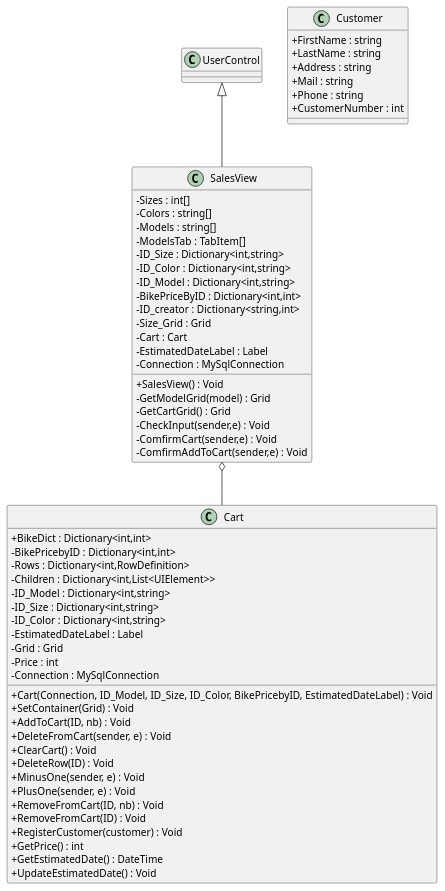
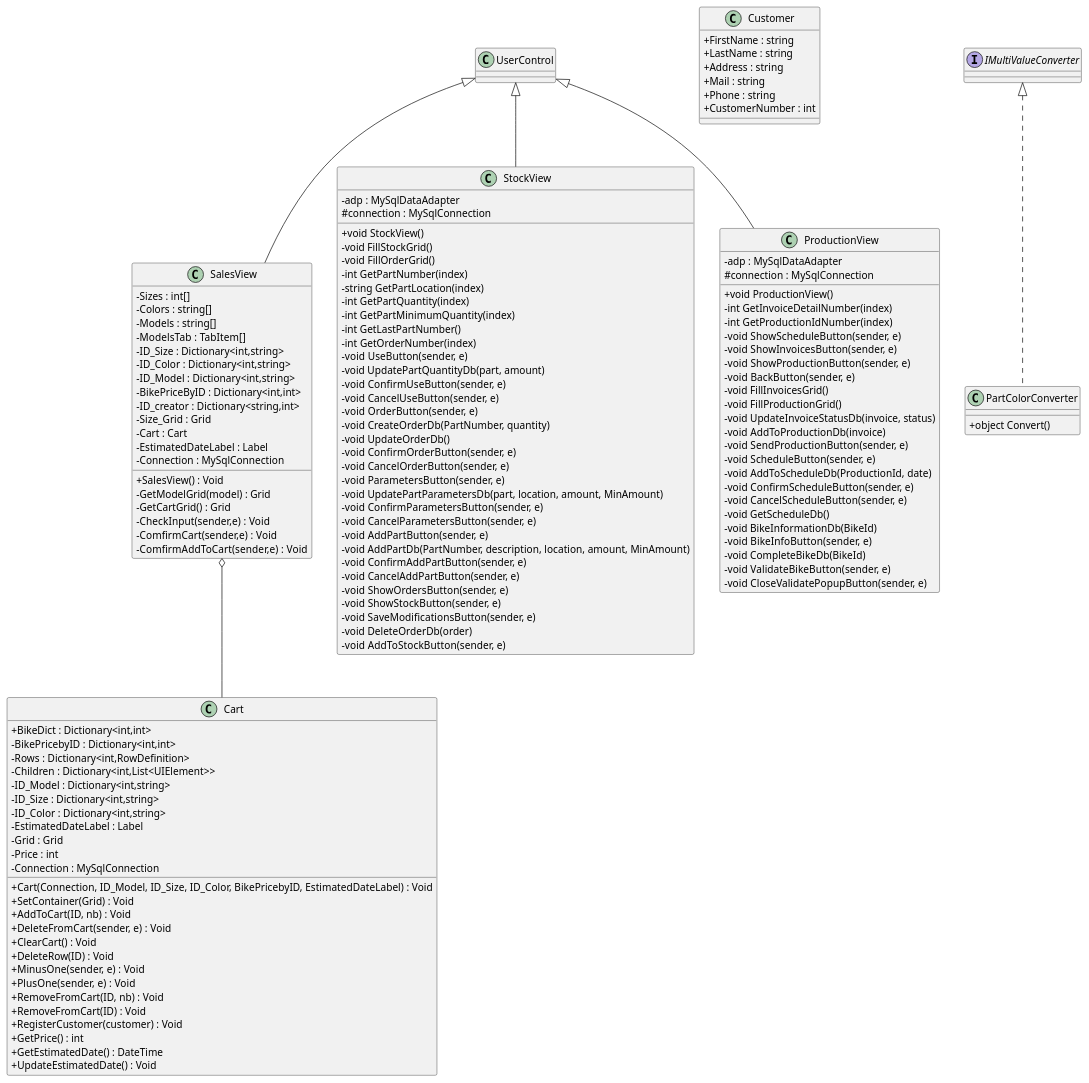
The diagram in diagrams/Current/PlantUML/activity/class.plantuml (fred-corp/Bovelo_PG3L_ECAM), drawn with PlantUML before and after one commit.

Commit message:
add production & stock class diagrams

```diff
--- a/diagrams/Current/PlantUML/activity/class.plantuml
+++ b/diagrams/Current/PlantUML/activity/class.plantuml
@@ -1,67 +1,140 @@
  @startuml
 skinparam classAttributeIconSize 0
 class SalesView{
 {field} -Sizes : int[]
 {field} -Colors : string[]
 {field} -Models : string[]
 {field} -ModelsTab : TabItem[]
 {field} -ID_Size : Dictionary<int,string>
 {field} -ID_Color : Dictionary<int,string>
 {field} -ID_Model : Dictionary<int,string>
 {field} -BikePriceByID : Dictionary<int,int>
 {field} -ID_creator : Dictionary<string,int>
 {field} -Size_Grid : Grid
 {field} -Cart : Cart
 {field} -EstimatedDateLabel : Label
 {field} -Connection : MySqlConnection
 
 {method} +SalesView() : Void
 {method} -GetModelGrid(model) : Grid
 {method} -GetCartGrid() : Grid
 {method} -CheckInput(sender,e) : Void
 {method} -ComfirmCart(sender,e) : Void
 {method} -ComfirmAddToCart(sender,e) : Void
 }
 
 class Cart{
 {field} +BikeDict : Dictionary<int,int>
 {field} -BikePricebyID : Dictionary<int,int>
 {field} -Rows : Dictionary<int,RowDefinition>
 {field} -Children : Dictionary<int,List<UIElement>>
 {field} -ID_Model : Dictionary<int,string>
 {field} -ID_Size : Dictionary<int,string>
 {field} -ID_Color : Dictionary<int,string>
 {field} -EstimatedDateLabel : Label
 {field} - Grid : Grid
 {field} - Price : int
 {field} - Connection : MySqlConnection
 
 {method} +Cart(Connection, ID_Model, ID_Size, ID_Color, BikePricebyID, EstimatedDateLabel) : Void
 {method} +SetContainer(Grid) : Void
 {method} +AddToCart(ID, nb) : Void
 {method} +DeleteFromCart(sender, e) : Void
 {method} +ClearCart() : Void
 {method} +DeleteRow(ID) : Void
 {method} +MinusOne(sender, e) : Void
 {method} +PlusOne(sender, e) : Void
 {method} +RemoveFromCart(ID, nb) : Void
 {method} +RemoveFromCart(ID) : Void
 {method} +RegisterCustomer(customer) : Void
 {method} +GetPrice() : int
 {method} +GetEstimatedDate() : DateTime
 {method} +UpdateEstimatedDate() : Void
 }
 
 class Customer{
 {field} +FirstName : string
 {field} +LastName : string
 {field} +Address : string
 {field} +Mail : string
 {field} +Phone : string
 {field} +CustomerNumber : int
 }
 
+interface IMultiValueConverter {
+}
+
+class PartColorConverter {
+{method} +object Convert()
+}
+
+class StockView {
+{field} -adp : MySqlDataAdapter
+{field} #connection : MySqlConnection
+{method} +void StockView()
+{method} -void FillStockGrid()
+{method} -void FillOrderGrid()
+{method} -int GetPartNumber(index)
+{method} -string GetPartLocation(index)
+{method} -int GetPartQuantity(index)
+{method} -int GetPartMinimumQuantity(index)
+{method} -int GetLastPartNumber()
+{method} -int GetOrderNumber(index)
+{method} -void UseButton(sender, e)
+{method} -void UpdatePartQuantityDb(part, amount)
+{method} -void ConfirmUseButton(sender, e)
+{method} -void CancelUseButton(sender, e)
+{method} -void OrderButton(sender, e)
+{method} -void CreateOrderDb(PartNumber, quantity)
+{method} -void UpdateOrderDb()
+{method} -void ConfirmOrderButton(sender, e)
+{method} -void CancelOrderButton(sender, e)
+{method} -void ParametersButton(sender, e)
+{method} -void UpdatePartParametersDb(part, location, amount, MinAmount)
+{method} -void ConfirmParametersButton(sender, e)
+{method} -void CancelParametersButton(sender, e)
+{method} -void AddPartButton(sender, e)
+{method} -void AddPartDb(PartNumber, description, location, amount, MinAmount)
+{method} -void ConfirmAddPartButton(sender, e)
+{method} -void CancelAddPartButton(sender, e)
+{method} -void ShowOrdersButton(sender, e)
+{method} -void ShowStockButton(sender, e)
+{method} -void SaveModificationsButton(sender, e)
+{method} -void DeleteOrderDb(order)
+{method} -void AddToStockButton(sender, e)
+}
+
+class ProductionView {
+{field} -adp : MySqlDataAdapter
+{field} #connection : MySqlConnection
+{method} +void ProductionView()
+{method} -int GetInvoiceDetailNumber(index)
+{method} -int GetProductionIdNumber(index)
+{method} -void ShowScheduleButton(sender, e)
+{method} -void ShowInvoicesButton(sender, e)
+{method} -void ShowProductionButton(sender, e)
+{method} -void BackButton(sender, e)
+{method} -void FillInvoicesGrid()
+{method} -void FillProductionGrid()
+{method} -void UpdateInvoiceStatusDb(invoice, status)
+{method} -void AddToProductionDb(invoice)
+{method} -void SendProductionButton(sender, e)
+{method} -void ScheduleButton(sender, e)
+{method} -void AddToScheduleDb(ProductionId, date)
+{method} -void ConfirmScheduleButton(sender, e)
+{method} -void CancelScheduleButton(sender, e)
+{method} -void GetScheduleDb()
+{method} -void BikeInformationDb(BikeId)
+{method} -void BikeInfoButton(sender, e)
+{method} -void CompleteBikeDb(BikeId)
+{method} -void ValidateBikeButton(sender, e)
+{method} -void CloseValidatePopupButton(sender, e)
+}
+
+IMultiValueConverter <|.. PartColorConverter
+UserControl <|-- StockView
 UserControl <|-- SalesView
+UserControl <|-- ProductionView
 SalesView o-- Cart
 
 @enduml
```
